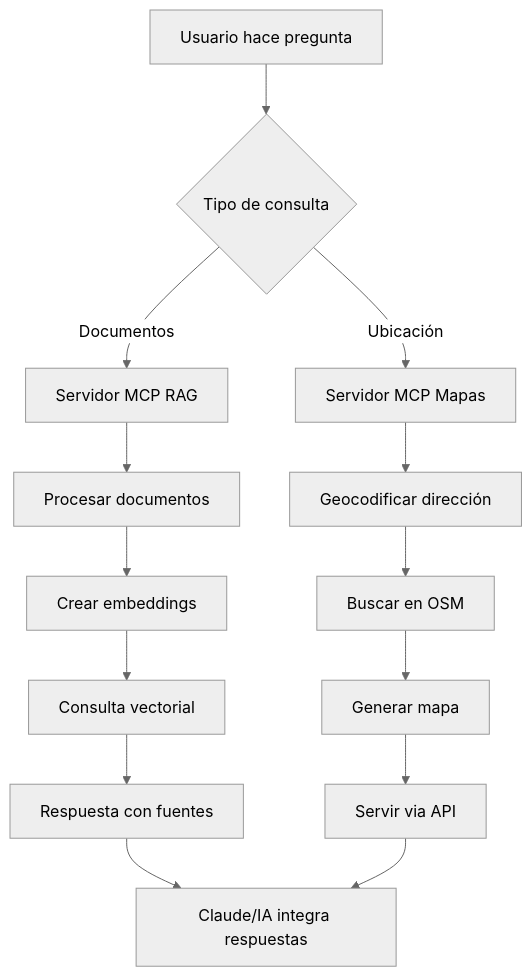
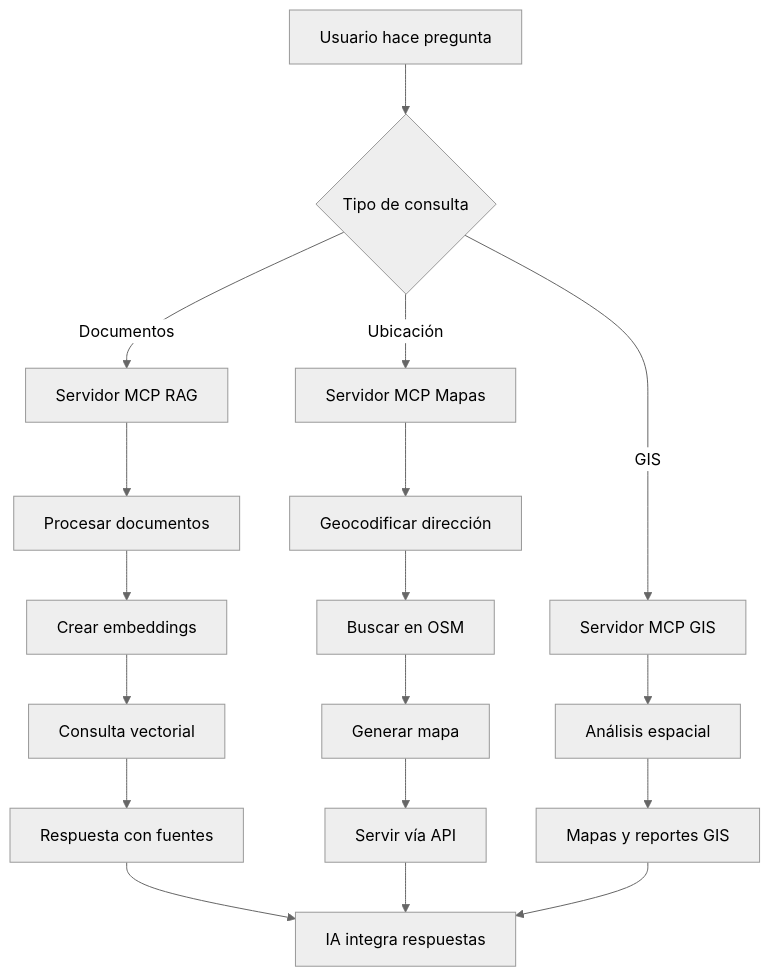
The diagram in implementacion.md (emilio1310Git/mcp_rag_gis_system), drawn with Mermaid (neutral theme) before and after one commit. The commit also changed other lines of this file and 2 other files, not shown here.

````diff
--- a/implementacion.md
+++ b/implementacion.md
@@ -74,19 +70,24 @@
 ```mermaid
 graph TD
     A[Usuario hace pregunta] --> B{Tipo de consulta}
     B -->|Documentos| C[Servidor MCP RAG]
     B -->|Ubicación| D[Servidor MCP Mapas]
+    B -->|GIS| E[Servidor MCP GIS]
     
-    C --> E[Procesar documentos]
-    E --> F[Crear embeddings]
-    F --> G[Consulta vectorial]
-    G --> H[Respuesta con fuentes]
+    C --> F[Procesar documentos]
+    F --> G[Crear embeddings]
+    G --> H[Consulta vectorial]
+    H --> I[Respuesta con fuentes]
     
-    D --> I[Geocodificar dirección]
-    I --> J[Buscar en OSM]
-    J --> K[Generar mapa]
-    K --> L[Servir via API]
+    D --> J[Geocodificar dirección]
+    J --> K[Buscar en OSM]
+    K --> L[Generar mapa]
+    L --> M[Servir vía API]
     
-    H --> M[Claude/IA integra respuestas]
-    L --> M
+    E --> N[Análisis espacial]
+    N --> O[Mapas y reportes GIS]
+    
+    I --> P[IA integra respuestas]
+    M --> P
+    O --> P
 ```
````
